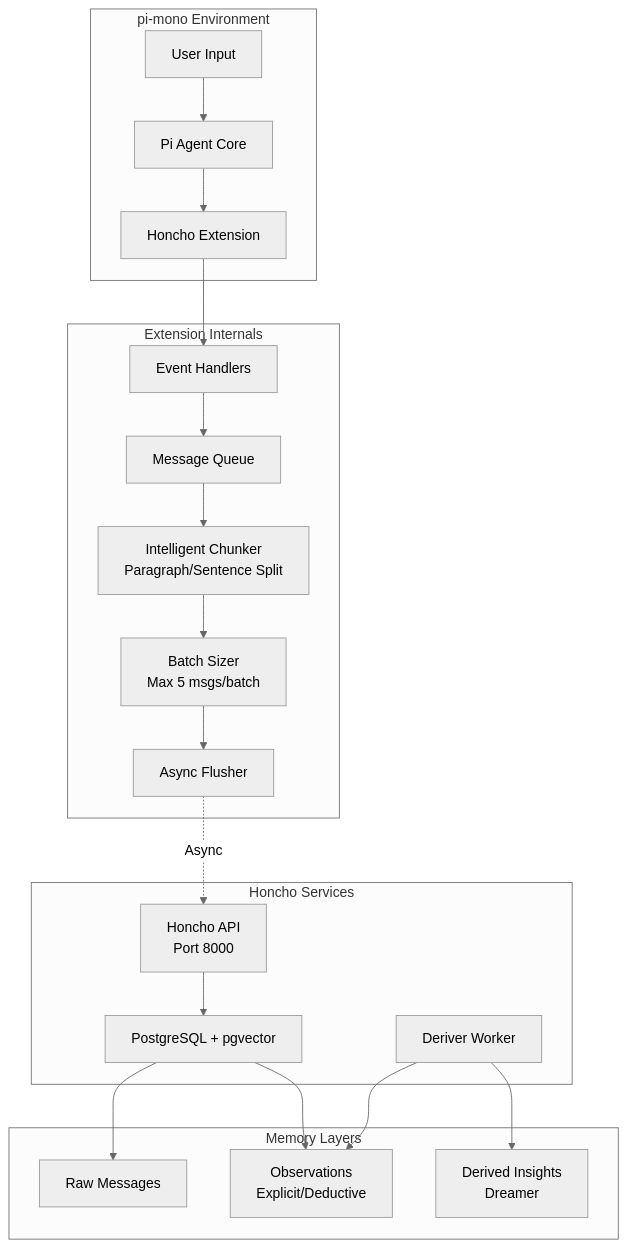
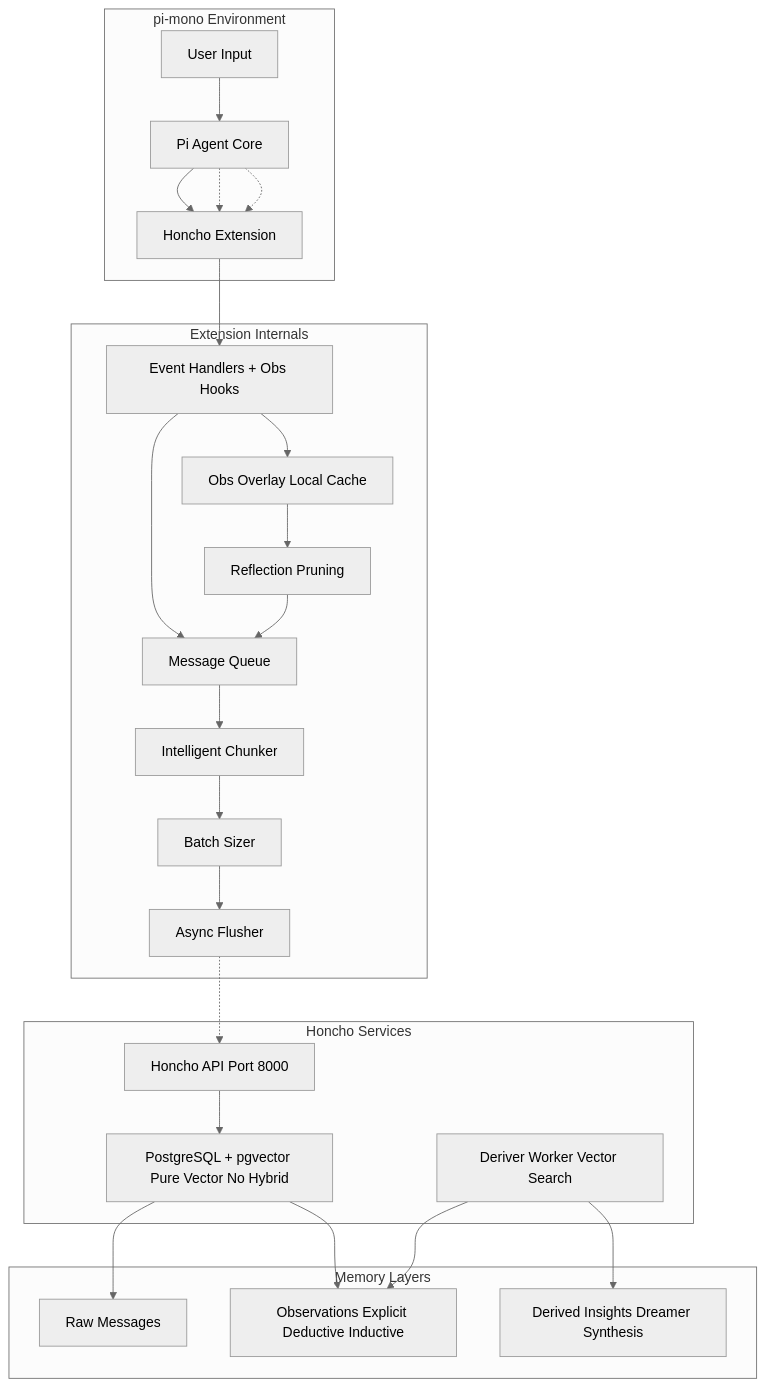
One commit to dsidlo/local-honcho changed the first of 3 diagrams in docs/v3/guides/community/dgs-integrations/pi-mono/agents/extensions/README-honcho.md. Above: the diagram before and after it, drawn with Mermaid (neutral theme). The commit also changed other lines of this file and 3 other files, not shown here.

First line of the commit message:
feat: Enhance Honcho extension with config file support and observational memory hooks

````diff
--- a/docs/v3/guides/community/dgs-integrations/pi-mono/agents/extensions/README-honcho.md
+++ b/docs/v3/guides/community/dgs-integrations/pi-mono/agents/extensions/README-honcho.md
@@ -18,42 +19,50 @@
 ```mermaid
 graph TB
-    subgraph "pi-mono Environment"
-        USER[User Input]
-        PI[Pi Agent Core]
-        EXT[Honcho Extension]
+    subgraph piMono ["pi-mono Environment"]
+        USER["User Input"]
+        PI["Pi Agent Core"]
+        EXT["Honcho Extension"]
     end
     
-    subgraph "Extension Internals"
-        EVT[Event Handlers]
-        QUEUE[Message Queue]
-        CHUNK[Intelligent Chunker<br/>Paragraph/Sentence Split]
-        BATCH[Batch Sizer<br/>Max 5 msgs/batch]
-        FLUSH[Async Flusher]
+    subgraph extInternals ["Extension Internals"]
+        EVT["Event Handlers + Obs Hooks"]
+        QUEUE["Message Queue"]
+        CHUNK["Intelligent Chunker"]
+        BATCH["Batch Sizer"]
+        FLUSH["Async Flusher"]
+        OBS["Obs Overlay Local Cache"]
+        REFLECT["Reflection Pruning"]
     end
     
-    subgraph "Honcho Services"
-        API[Honcho API<br/>Port 8000]
-        DERIVER[Deriver Worker]
-        DB["PostgreSQL + pgvector"]
+    subgraph honchoServ ["Honcho Services"]
+        API["Honcho API Port 8000"]
+        DERIVER["Deriver Worker Vector Search"]
+        DB["PostgreSQL + pgvector Pure Vector No Hybrid"]
     end
     
-    subgraph "Memory Layers"
-        RAW[Raw Messages]
-        OBS[Observations<br/>Explicit/Deductive]
-        DERIVED[Derived Insights<br/>Dreamer]
+    subgraph memLayers ["Memory Layers"]
+        RAW["Raw Messages"]
+        OBS_HONCHO["Observations Explicit Deductive Inductive"]
+        DERIVED["Derived Insights Dreamer Synthesis"]
     end
     
     USER --> PI
     PI --> EXT
     EXT --> EVT
     EVT --> QUEUE
     QUEUE --> CHUNK
     CHUNK --> BATCH
     BATCH --> FLUSH
-    FLUSH -. Async .-> API
+    FLUSH -.-> API
     API --> DB
     DB --> RAW
-    DB --> OBS
-    DERIVER --> OBS
+    DB --> OBS_HONCHO
+    DERIVER --> OBS_HONCHO
     DERIVER --> DERIVED
+    
+    PI -.-> EXT
+    PI -.-> EXT
+    EVT --> OBS
+    OBS --> REFLECT
+    REFLECT --> QUEUE
 ```
````
